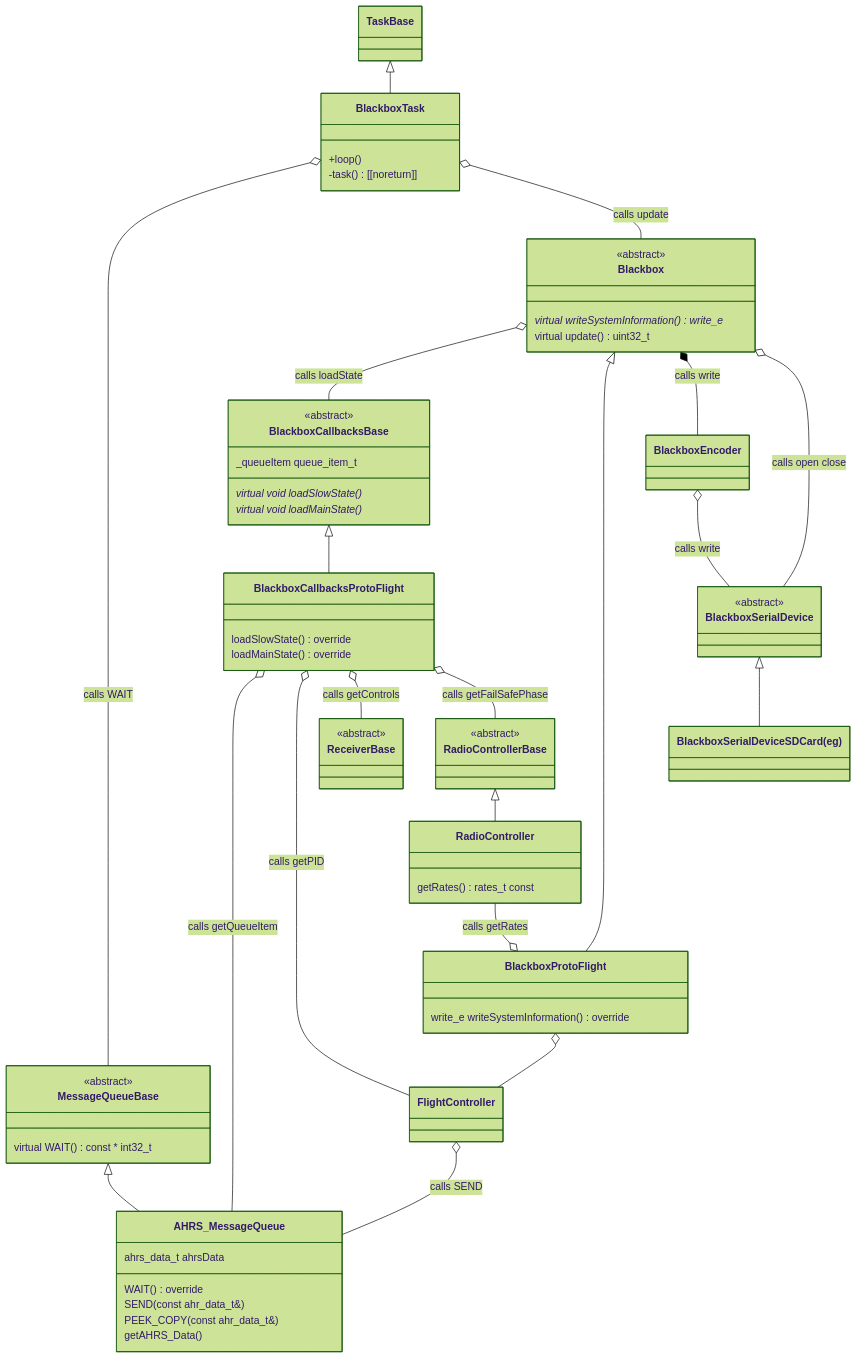
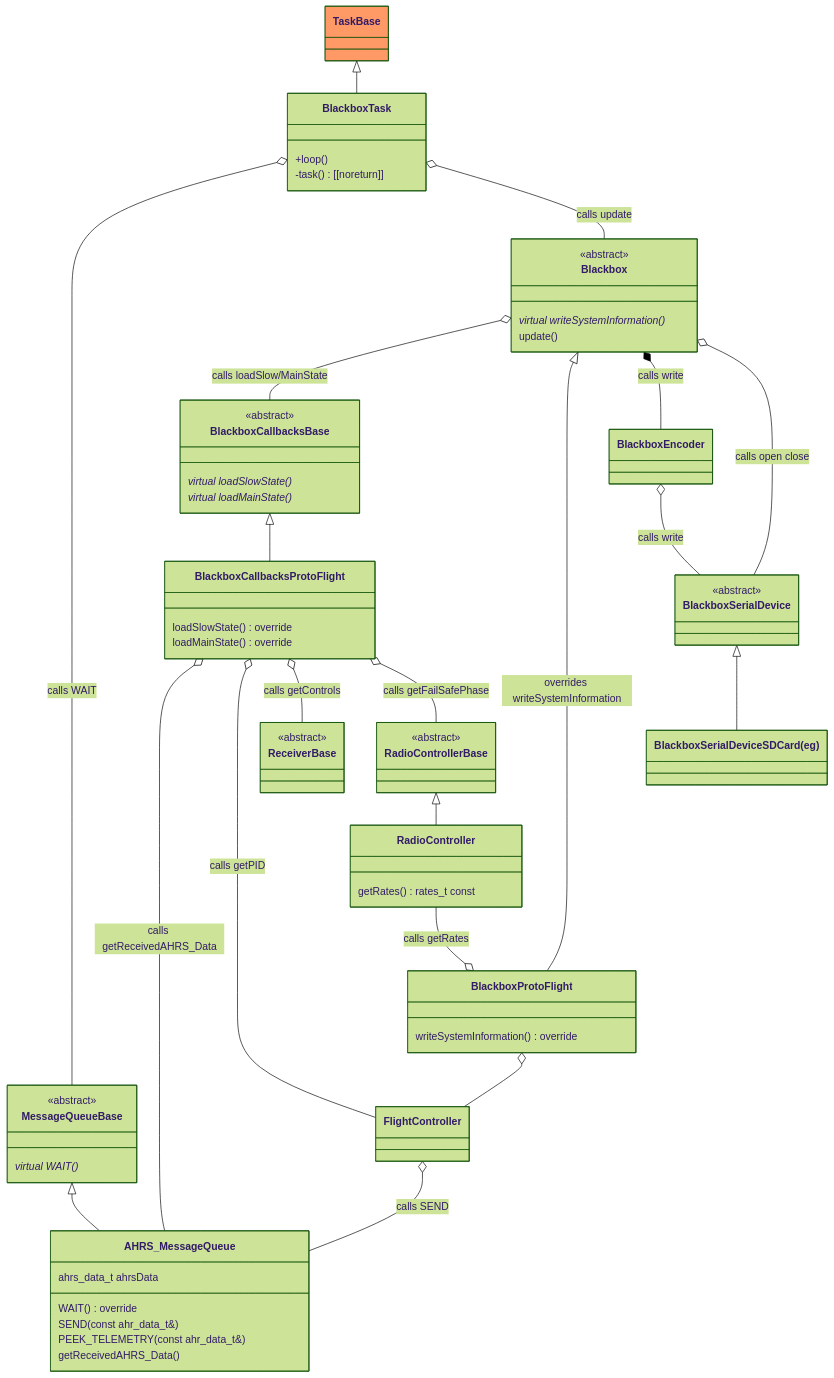
Before and after one commit to martinbudden/Protoflight: the diagram in Blackbox.md, drawn with Mermaid (forest theme). The commit also changed other lines of this file, not shown here.

Commit message:
Blackbox.md update.

````diff
--- a/Blackbox.md
+++ b/Blackbox.md
@@ -9,48 +9,58 @@
 ```mermaid
 classDiagram
+    class TaskBase:::taskClass {
+    }
+    link TaskBase "https://github.com/martinbudden/Library-TaskBase/blob/main/src/TaskBase.h"
     TaskBase <|-- BlackboxTask
     class BlackboxTask {
         +loop()
         -task() [[noreturn]]
     }
+    link BlackboxTask "https://github.com/martinbudden/Library-Blackbox/blob/main/src/BlackboxTask.h"
     BlackboxTask o-- MessageQueueBase : calls WAIT
     BlackboxTask o-- Blackbox : calls update
     class Blackbox {
         <<abstract>>
-        virtual writeSystemInformation() write_e *
-        virtual update() uint32_t
+        virtual writeSystemInformation() *
+        update()
     }
+    link Blackbox "https://github.com/martinbudden/Library-Blackbox/blob/main/src/Blackbox.h"
 
     class MessageQueueBase {
         <<abstract>>
-        virtual WAIT() const * int32_t
+        virtual WAIT() *
     }
+    link MessageQueueBase "https://github.com/martinbudden/Library-TaskBase/blob/main/src/MessageQueueBase.h"
     class AHRS_MessageQueue {
         ahrs_data_t ahrsData
         WAIT() override
         SEND(const ahr_data_t&)
-        PEEK_COPY(const ahr_data_t&)
-        getAHRS_Data()
+        PEEK_TELEMETRY(const ahr_data_t&)
+        getReceivedAHRS_Data()
     }
+    link AHRS_MessageQueue "https://github.com/martinbudden/protoflight/blob/main/lib/Blackbox/src/AHRS_MessageQueue.h"
     class RadioControllerBase {
         <<abstract>>
     }
+    link RadioControllerBase "https://github.com/martinbudden/Library-Receiver/blob/main/src/RadioControllerBase.h"
     RadioControllerBase <|-- RadioController
     class RadioController {
         getRates() rates_t  const
     }
+    link RadioController "https://github.com/martinbudden/protoflight/blob/main/lib/Helm/src/RadioController.h"
 
     %%Blackbox <|-- BlackboxProtoFlight
     class BlackboxProtoFlight {
-        write_e writeSystemInformation() override
+        writeSystemInformation() override
     }
+    link BlackboxProtoFlight "https://github.com/martinbudden/protoflight/blob/main/lib/Blackbox/src/BlackboxProtoFlight.h"
 
     class BlackboxCallbacksBase {
         <<abstract>>
-        _queueItem queue_item_t
-        virtual void loadSlowState() *
-        virtual void loadMainState() *
+        virtual loadSlowState() *
+        virtual loadMainState() *
     }
+    link BlackboxCallbacksBase "https://github.com/martinbudden/Library-Blackbox/blob/main/src/BlackboxCallbacksBase.h"
     class BlackboxCallbacksProtoFlight {
         loadSlowState() override
         loadMainState() override
@@ -59,9 +69,10 @@
     class ReceiverBase {
         <<abstract>>
     }
+    link ReceiverBase "https://github.com/martinbudden/Library-Receiver/blob/main/src/ReceiverBase.h"
 
-    Blackbox o-- BlackboxCallbacksBase : calls loadState
-    Blackbox <|-- BlackboxProtoFlight
+    Blackbox o-- BlackboxCallbacksBase : calls loadSlow/MainState
+    Blackbox <|-- BlackboxProtoFlight : overrides writeSystemInformation
     Blackbox *-- BlackboxEncoder : calls write
     Blackbox o-- BlackboxSerialDevice : calls open close
     %%BlackboxEncoder --* Blackbox : calls write
@@ -69,8 +80,11 @@
     BlackboxEncoder o-- BlackboxSerialDevice : calls write
 
 
+    class FlightController {
+    }
+    link FlightController "https://github.com/martinbudden/protoflight/blob/main/lib/FlightController/src/FlightController.h"
     FlightController o-- AHRS_MessageQueue : calls SEND
-    BlackboxCallbacksProtoFlight o-- AHRS_MessageQueue : calls getQueueItem
+    BlackboxCallbacksProtoFlight o-- AHRS_MessageQueue : calls getReceivedAHRS_Data
     MessageQueueBase <|-- AHRS_MessageQueue
     BlackboxCallbacksProtoFlight o-- FlightController : calls getPID
     BlackboxCallbacksProtoFlight o-- ReceiverBase : calls getControls
@@ -90,7 +104,9 @@
     class BlackboxSerialDevice {
         <<abstract>>
     }
+    link BlackboxSerialDevice "https://github.com/martinbudden/Library-Blackbox/blob/main/src/BlackboxSerialDevice.h"
     class BlackboxSerialDeviceSDCard["BlackboxSerialDeviceSDCard(eg)"]
     BlackboxSerialDevice <|-- BlackboxSerialDeviceSDCard
 
+    classDef taskClass fill:#f96
 ```
````
